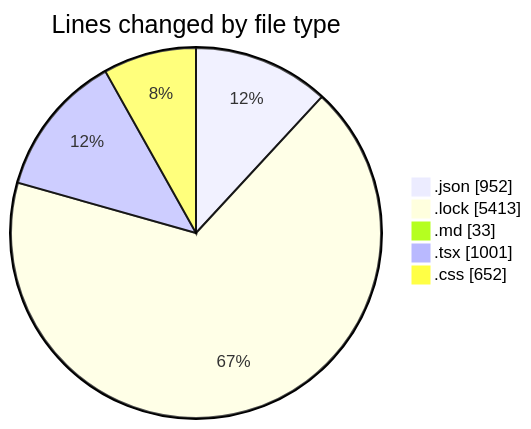
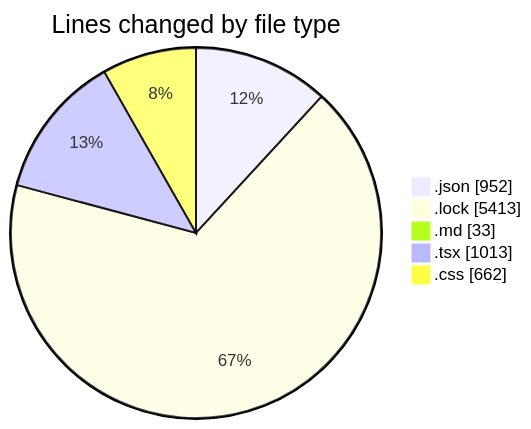
One commit to EIIisD/code-tracking changed the first of 2 diagrams in 2025-08-11/ribbon/README.md. Above: the diagram before and after it, drawn with Mermaid. The commit also changed other lines of this file and 1 other file, not shown here.

````diff
--- a/2025-08-11/ribbon/README.md
+++ b/2025-08-11/ribbon/README.md
@@ -37,9 +37,9 @@
 ```mermaid
 pie showData
 title Lines changed by file type
 ".json" : 952
 ".lock" : 5413
 ".md" : 33
-".tsx" : 1001
-".css" : 652
+".tsx" : 1013
+".css" : 662
 ```
````
